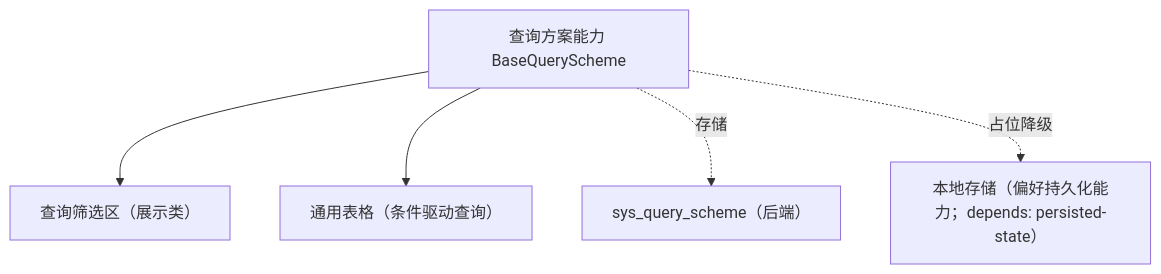
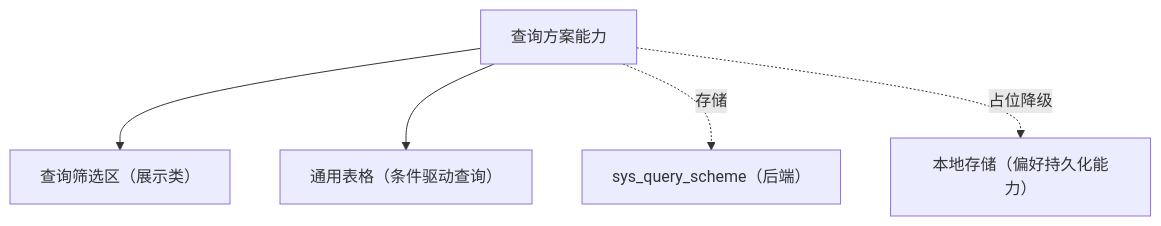
Before and after one commit to minjian123/basic-management-system: the diagram in bms文档/设计/组件设计/02_基础组件类/02_能力类/29_组件设计_查询方案能力/29_组件设计_查询方案能力.md, drawn with Mermaid. The commit also changed other lines of this file and 238 other files, not shown here.

````diff
--- a/bms文档/设计/组件设计/02_基础组件类/02_能力类/29_组件设计_查询方案能力/29_组件设计_查询方案能力.md
+++ b/bms文档/设计/组件设计/02_基础组件类/02_能力类/29_组件设计_查询方案能力/29_组件设计_查询方案能力.md
@@ -15,7 +16,7 @@
 ```mermaid
 flowchart TD
-    QS["查询方案能力 BaseQueryScheme"] --> Q["查询筛选区（展示类）"]
+    QS["查询方案能力"] --> Q["查询筛选区（展示类）"]
     QS --> T["通用表格（条件驱动查询）"]
     QS -. 存储 .-> S["sys_query_scheme（后端）"]
-    QS -. 占位降级 .-> L["本地存储（偏好持久化能力；depends: persisted-state）"]
+    QS -. 占位降级 .-> L["本地存储（偏好持久化能力）"]
 ```
````
